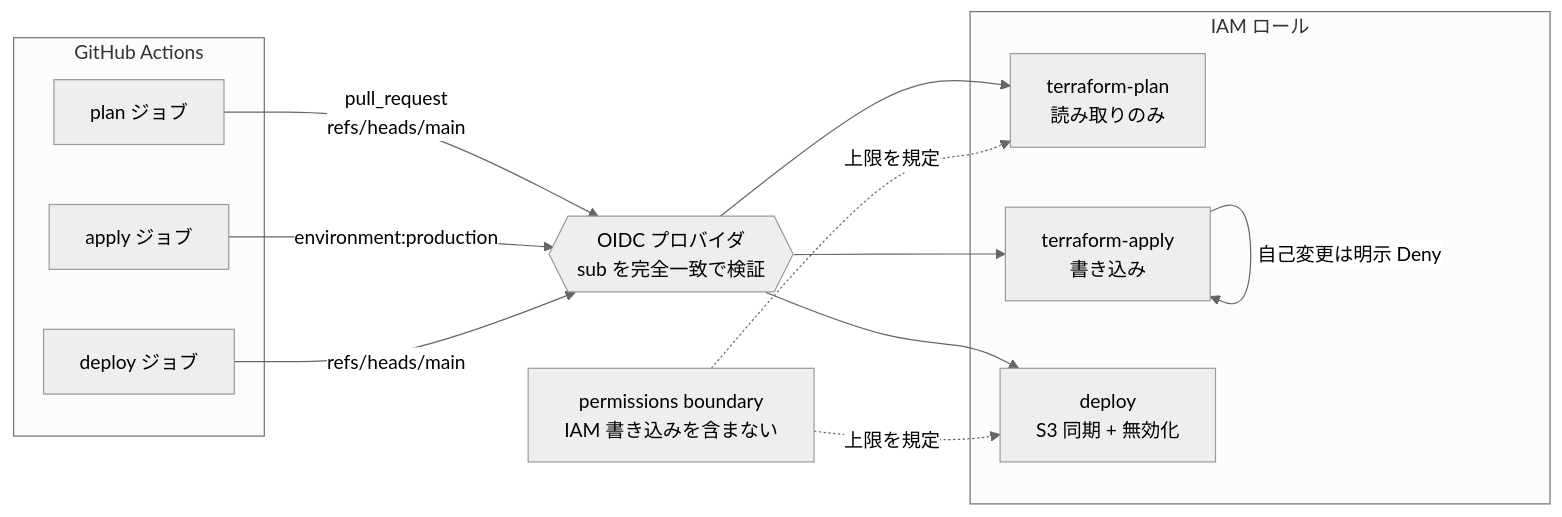
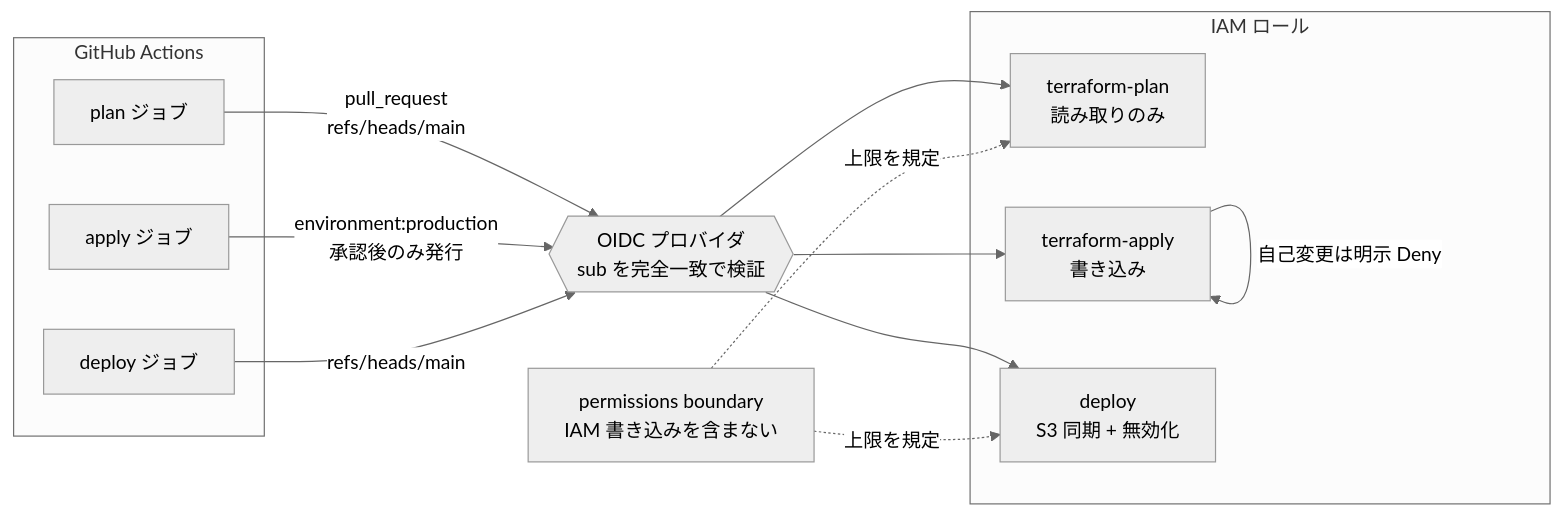
One commit to ryokryok/terraform-aws-static-site-hosting changed the third of 3 diagrams in README.md. Above: the diagram before and after it, drawn with Mermaid (neutral theme). The commit also changed other lines of this file and 1 other file, not shown here.

First line of the commit message:
Document the production approval gate (#24)

````diff
--- a/README.md
+++ b/README.md
@@ -57,30 +58,30 @@
 ```mermaid
 flowchart LR
     subgraph GH["GitHub Actions"]
         JobPlan["plan ジョブ"]
         JobApply["apply ジョブ"]
         JobDeploy["deploy ジョブ"]
     end
 
     OIDC{{"OIDC プロバイダ<br/>sub を完全一致で検証"}}
 
     subgraph Roles["IAM ロール"]
         RPlan["terraform-plan<br/>読み取りのみ"]
         RApply["terraform-apply<br/>書き込み"]
         RDeploy["deploy<br/>S3 同期 + 無効化"]
     end
 
     Boundary["permissions boundary<br/>IAM 書き込みを含まない"]
 
     JobPlan -->|"pull_request<br/>refs/heads/main"| OIDC
-    JobApply -->|"environment:production"| OIDC
+    JobApply -->|"environment:production<br/>承認後のみ発行"| OIDC
     JobDeploy -->|"refs/heads/main"| OIDC
 
     OIDC --> RPlan
     OIDC --> RApply
     OIDC --> RDeploy
 
     Boundary -.->|"上限を規定"| RPlan
     Boundary -.->|"上限を規定"| RDeploy
     RApply -->|"自己変更は明示 Deny"| RApply
 ```
````
